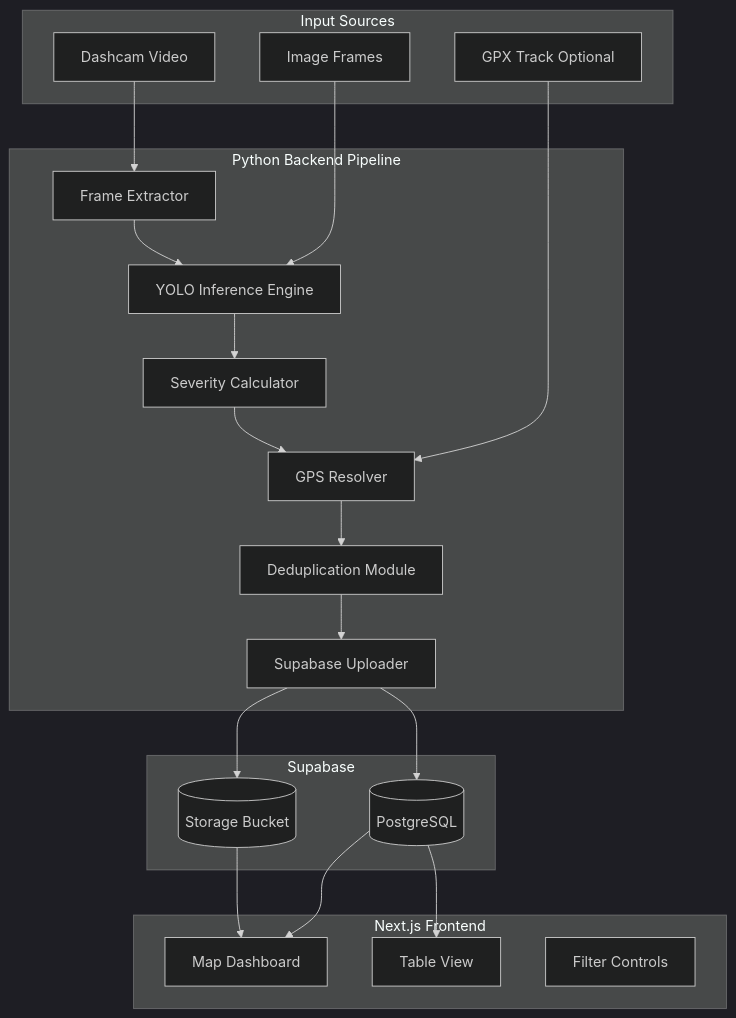
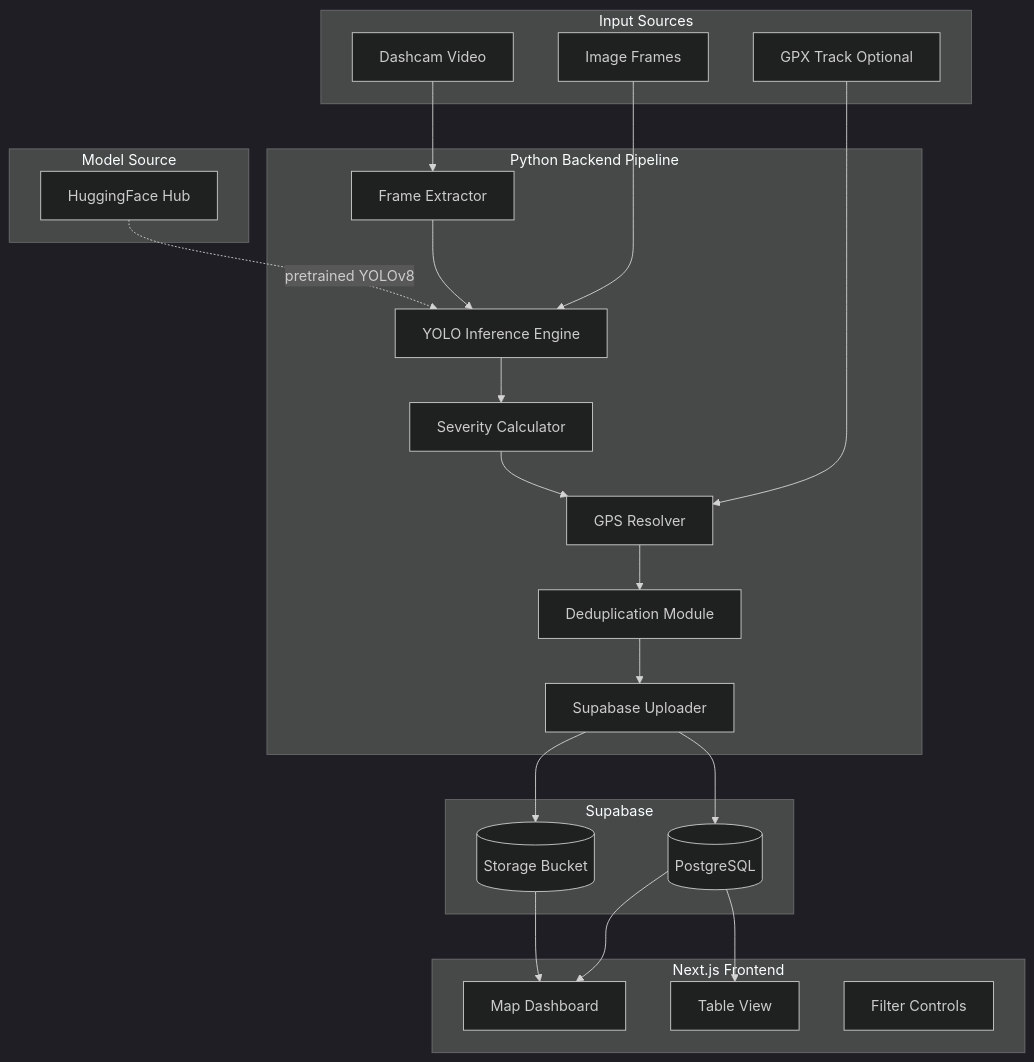
Before and after one commit to omaribrahim6/roadsense: the first of 3 diagrams in README.md, drawn with Mermaid (dark theme). The commit also changed other lines of this file and 1 other file, not shown here.

````diff
--- a/README.md
+++ b/README.md
@@ -12,42 +12,47 @@
 ```mermaid
 flowchart TB
     subgraph input [Input Sources]
         Video[Dashcam Video]
         Frames[Image Frames]
         GPX[GPX Track Optional]
+    end
+    
+    subgraph model [Model Source]
+        HF[HuggingFace Hub]
     end
     
     subgraph backend [Python Backend Pipeline]
         Extractor[Frame Extractor]
         Inference[YOLO Inference Engine]
         Severity[Severity Calculator]
         GPS[GPS Resolver]
         Deduper[Deduplication Module]
         Uploader[Supabase Uploader]
     end
     
     subgraph supabase [Supabase]
         Storage[(Storage Bucket)]
         DB[(PostgreSQL)]
     end
     
     subgraph frontend [Next.js Frontend]
         Map[Map Dashboard]
         Table[Table View]
         Filters[Filter Controls]
     end
     
     Video --> Extractor
     Frames --> Inference
     Extractor --> Inference
+    HF -.->|pretrained YOLOv8| Inference
     GPX --> GPS
     Inference --> Severity
     Severity --> GPS
     GPS --> Deduper
     Deduper --> Uploader
     Uploader --> Storage
     Uploader --> DB
     DB --> Map
     DB --> Table
     Storage --> Map
 ```
````
